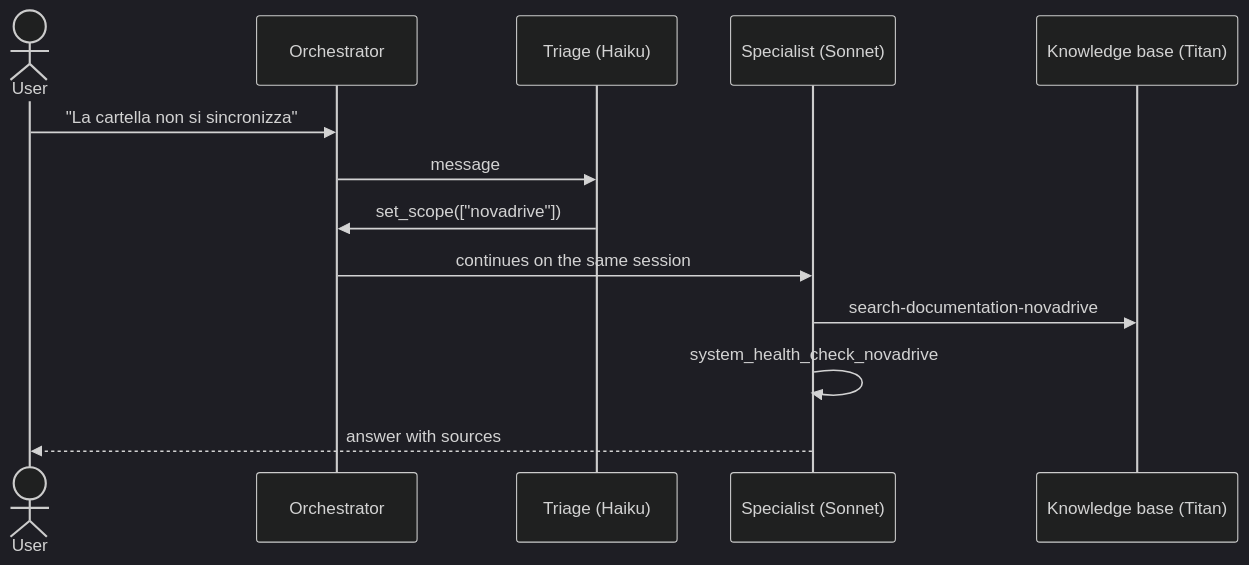
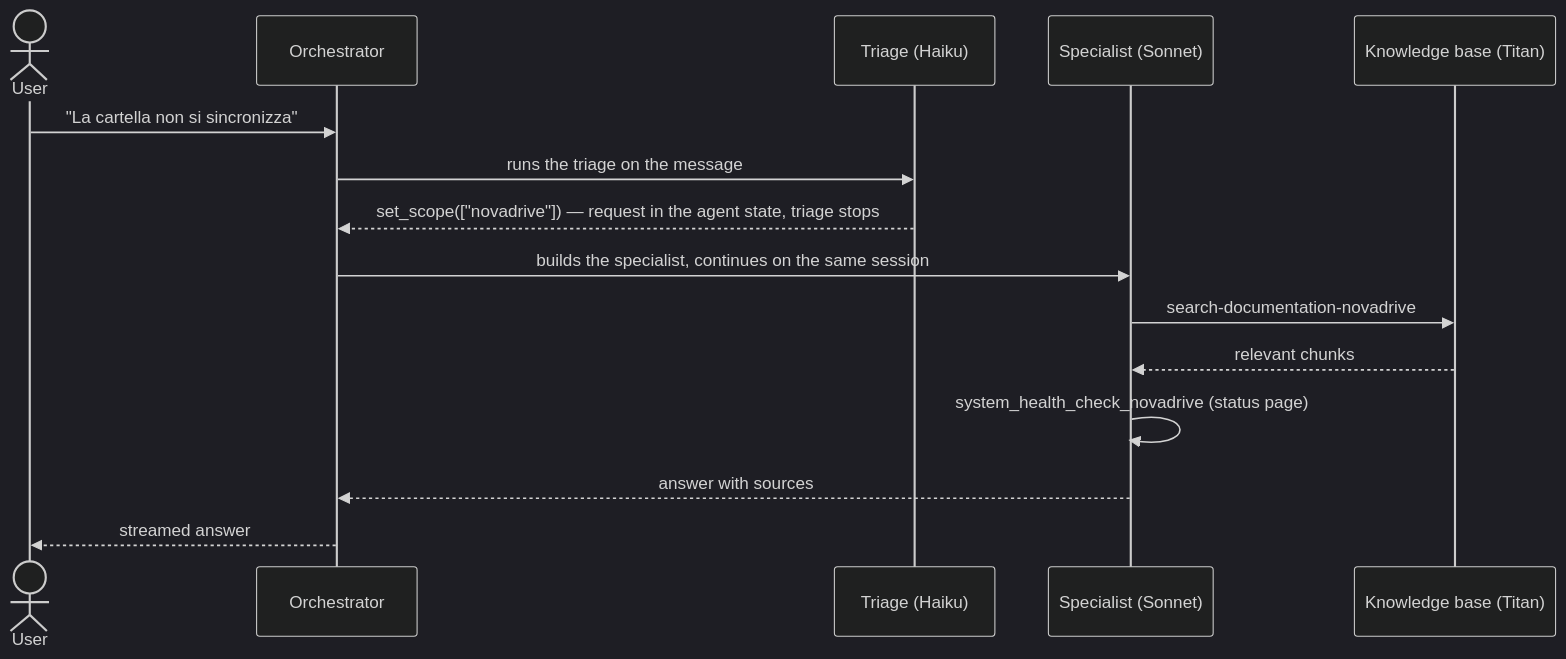
One commit to fede1911/novacloud changed the diagram in README.md. Above: the diagram before and after it, drawn with Mermaid (dark theme). The commit also changed other lines of this file and 1 other file, not shown here.

Commit message:
FIX mermaid charts

````diff
--- a/README.md
+++ b/README.md
@@ -22,16 +22,18 @@
 ```mermaid
 sequenceDiagram
     actor U as User
     participant O as Orchestrator
     participant T as Triage (Haiku)
     participant S as Specialist (Sonnet)
     participant KB as Knowledge base (Titan)
 
     U->>O: "La cartella non si sincronizza"
-    O->>T: message
-    T->>O: set_scope(["novadrive"])
-    O->>S: continues on the same session
+    O->>T: runs the triage on the message
+    T-->>O: set_scope(["novadrive"]) — request in the agent state, triage stops
+    O->>S: builds the specialist, continues on the same session
     S->>KB: search-documentation-novadrive
-    S->>S: system_health_check_novadrive
-    S-->>U: answer with sources
+    KB-->>S: relevant chunks
+    S->>S: system_health_check_novadrive (status page)
+    S-->>O: answer with sources
+    O-->>U: streamed answer
 ```
````
